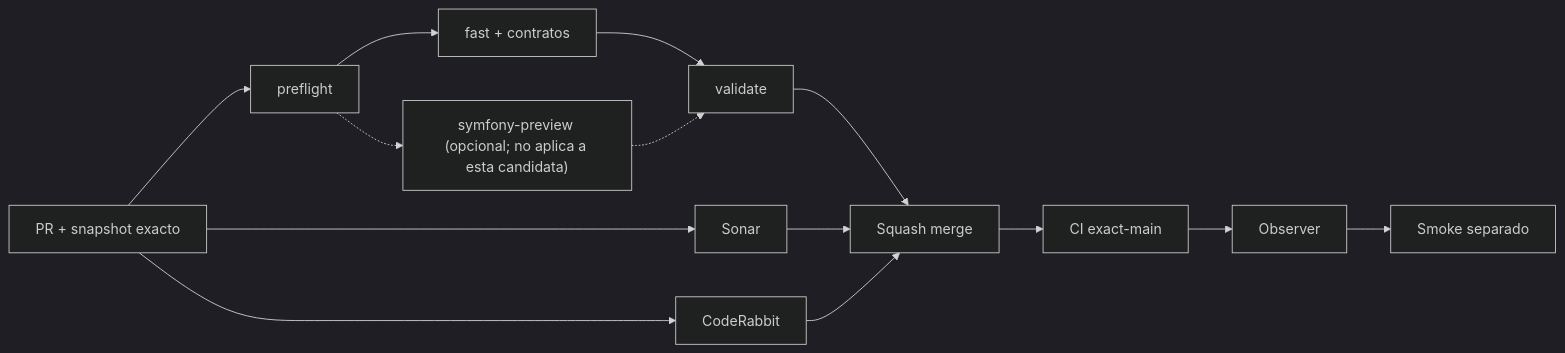
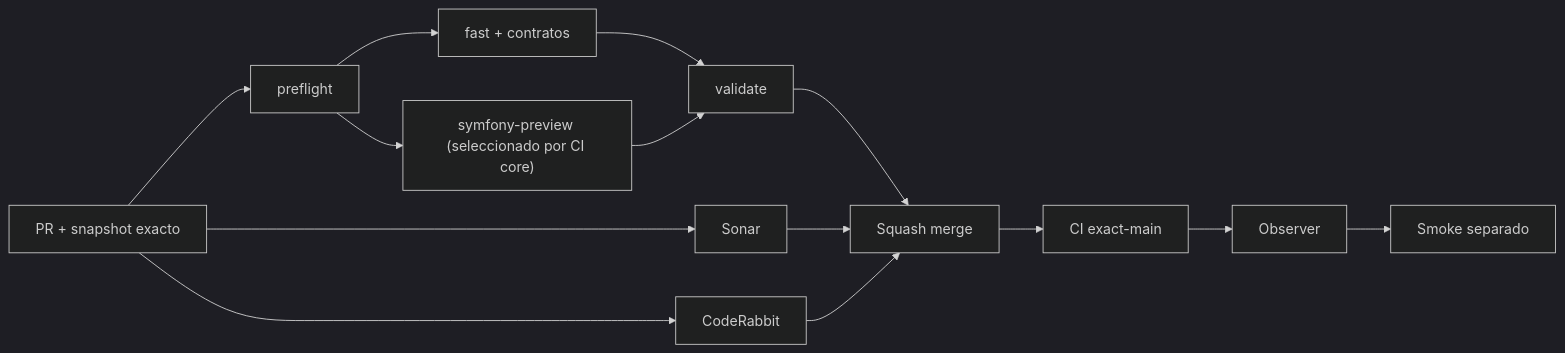
The diagram in README.md (pl0n3r/GrindFlow), drawn with Mermaid (dark theme) before and after one commit. The commit also changed other lines of this file, not shown here.

Commit message:
docs(release): dashboard de candidata apilada v0.1.121 y gates reales

````diff
--- a/README.md
+++ b/README.md
@@ -48,16 +48,16 @@
 ```mermaid
 flowchart LR
  A["PR + snapshot exacto"] --> P["preflight"]
  P --> F["fast + contratos"]
- P -.-> S2["symfony-preview (opcional; no aplica a esta candidata)"]
+ P --> S2["symfony-preview (seleccionado por CI core)"]
  F --> V["validate"]
- S2 -.-> V
+ S2 --> V
  A --> S["Sonar"]
  A --> C["CodeRabbit"]
  V --> M["Squash merge"]
  S --> M
  C --> M
  M --> X["CI exact-main"]
  X --> O["Observer"]
  O --> T["Smoke separado"]
 ```
````
